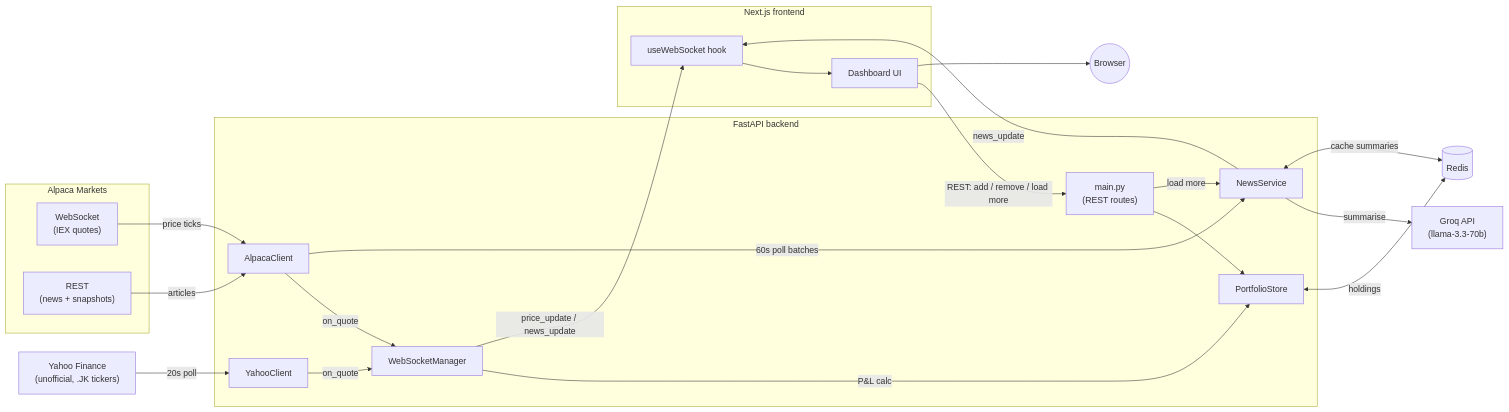
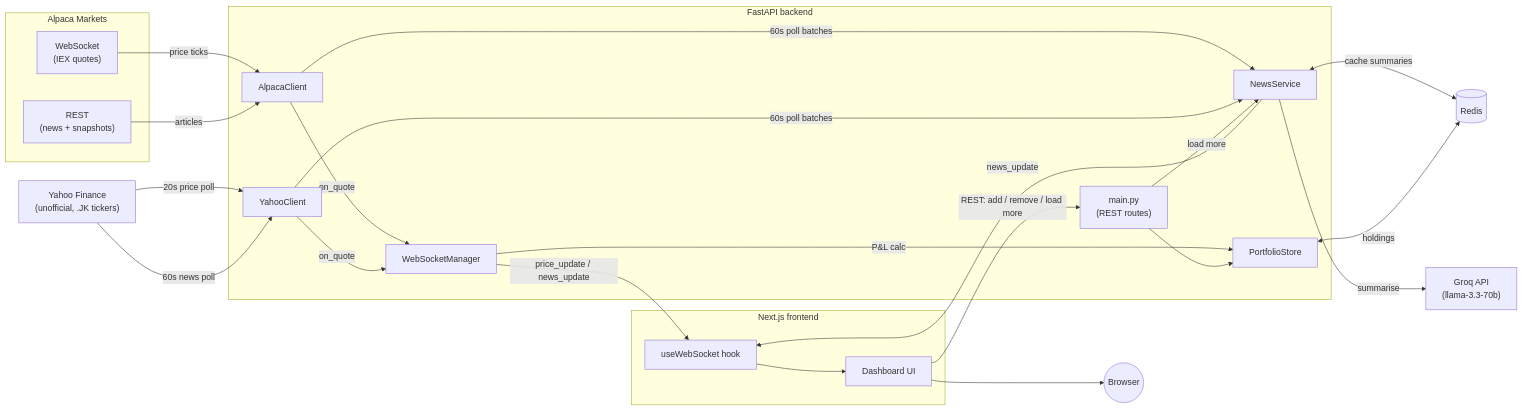
One commit to MeidellineSurya/PortfolioLive changed the diagram in README.md. Above: the diagram before and after it, drawn with Mermaid. The commit also changed other lines of this file and 6 other files, not shown here.

Commit message:
feat: Indonesian (IDX) news via Yahoo Finance, sharing the existing Groq summarisation pipeline

````diff
--- a/README.md
+++ b/README.md
@@ -11,45 +11,47 @@
 ```mermaid
 flowchart LR
     subgraph alpaca["Alpaca Markets"]
         aws["WebSocket\n(IEX quotes)"]
         arest["REST\n(news + snapshots)"]
     end
 
     yahoo["Yahoo Finance\n(unofficial, .JK tickers)"]
     groq["Groq API\n(llama-3.3-70b)"]
     redis[("Redis")]
 
     subgraph backend["FastAPI backend"]
         routes["main.py\n(REST routes)"]
         ac["AlpacaClient"]
         yc["YahooClient"]
         ns["NewsService"]
         wm["WebSocketManager"]
         ps["PortfolioStore"]
     end
 
     subgraph frontend["Next.js frontend"]
         hook["useWebSocket hook"]
         ui["Dashboard UI"]
     end
 
     browser(("Browser"))
 
     aws -- "price ticks" --> ac
     arest -- "articles" --> ac
-    yahoo -- "20s poll" --> yc
+    yahoo -- "20s price poll" --> yc
+    yahoo -- "60s news poll" --> yc
     ac -- "on_quote" --> wm
     yc -- "on_quote" --> wm
     ac -- "60s poll batches" --> ns
+    yc -- "60s poll batches" --> ns
     ns -- "summarise" --> groq
     ns <-- "cache summaries" --> redis
     ps <-- "holdings" --> redis
     wm -- "P&L calc" --> ps
     wm -- "price_update / news_update" --> hook
     ns -- "news_update" --> hook
     hook --> ui
     routes --> ps
     routes -- "load more" --> ns
     ui -- "REST: add / remove / load more" --> routes
     ui --> browser
 ```
````
